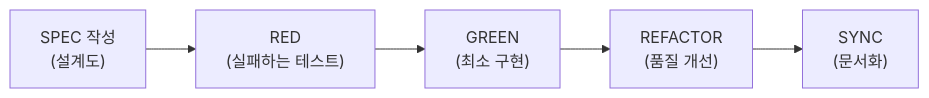
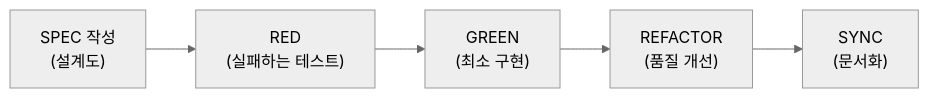
Before and after one commit to modu-ai/moai-adk: the third of 7 diagrams in README.md, drawn with Mermaid. The commit also changed other lines of this file, not shown here.

First line of the commit message:
docs: Mermaid 다이어그램 무채색 테마 적용

````diff
--- a/README.md
+++ b/README.md
@@ -147,7 +149,8 @@
 ```mermaid
+%%{init: {'theme':'neutral'}}%%
 graph LR
     A["SPEC 작성<br/>(설계도)"] --> B["RED<br/>(실패하는 테스트)"]
     B --> C["GREEN<br/>(최소 구현)"]
     C --> D["REFACTOR<br/>(품질 개선)"]
     D --> E["SYNC<br/>(문서화)"]
 ```
````
